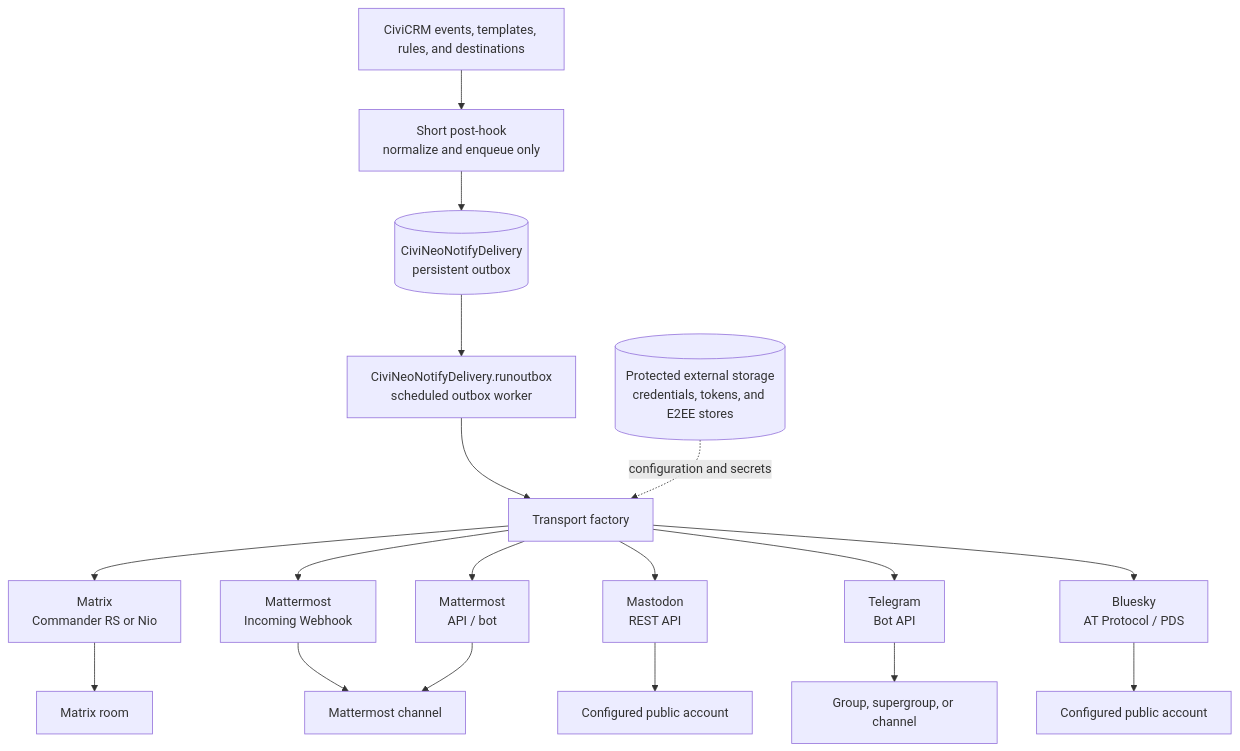
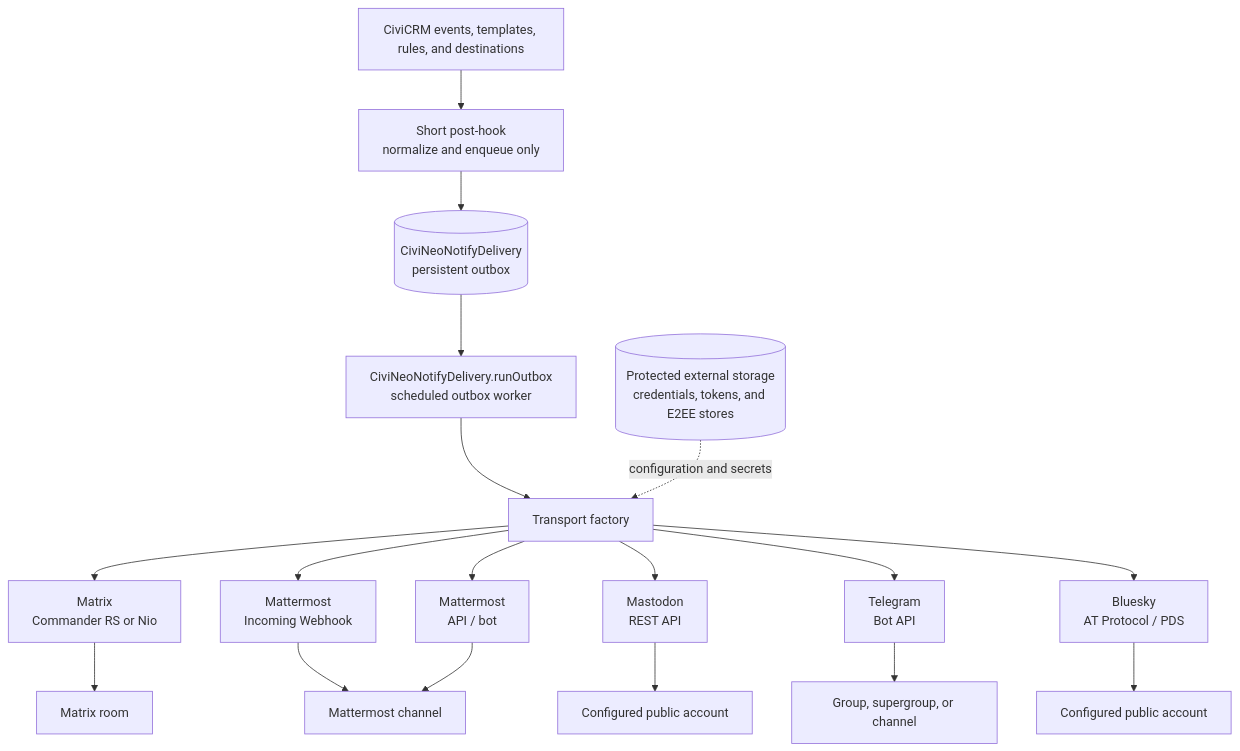
Before and after one commit to polbeo-de/civineonotify: the diagram in docs/architecture.md, drawn with Mermaid. The commit also changed other lines of this file and 7 other files, not shown here.

Commit message:
Run outbox scheduled job through APIv4

````diff
--- a/docs/architecture.md
+++ b/docs/architecture.md
@@ -9,26 +9,26 @@
 ```mermaid
 flowchart TB
   Civi[CiviCRM events, templates, rules, and destinations]
   Hook[Short post-hook<br/>normalize and enqueue only]
   Outbox[(CiviNeoNotifyDelivery<br/>persistent outbox)]
-  Job[CiviNeoNotifyDelivery.runoutbox<br/>scheduled outbox worker]
+  Job[CiviNeoNotifyDelivery.runOutbox<br/>scheduled outbox worker]
   Factory[Transport factory]
   Store[(Protected external storage<br/>credentials, tokens, and E2EE stores)]
 
   Civi --> Hook --> Outbox --> Job --> Factory
   Store -. configuration and secrets .-> Factory
 
   Factory --> Matrix[Matrix<br/>Commander RS or Nio]
   Factory --> MMWebhook[Mattermost<br/>Incoming Webhook]
   Factory --> MMApi[Mattermost<br/>API / bot]
   Factory --> Mastodon[Mastodon<br/>REST API]
   Factory --> Telegram[Telegram<br/>Bot API]
   Factory --> Bluesky[Bluesky<br/>AT Protocol / PDS]
 
   Matrix --> MatrixTarget[Matrix room]
   MMWebhook --> MMTarget[Mattermost channel]
   MMApi --> MMTarget
   Mastodon --> MastodonTarget[Configured public account]
   Telegram --> TelegramTarget[Group, supergroup, or channel]
   Bluesky --> BlueskyTarget[Configured public account]
 ```
````
